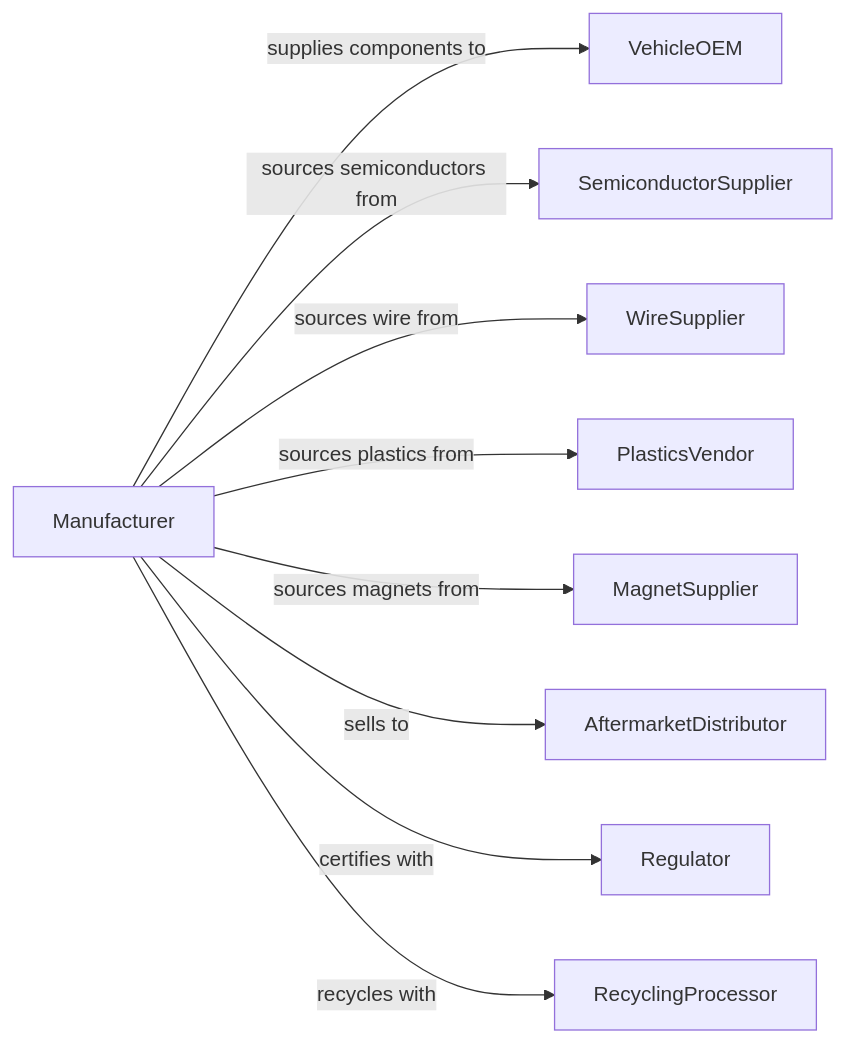
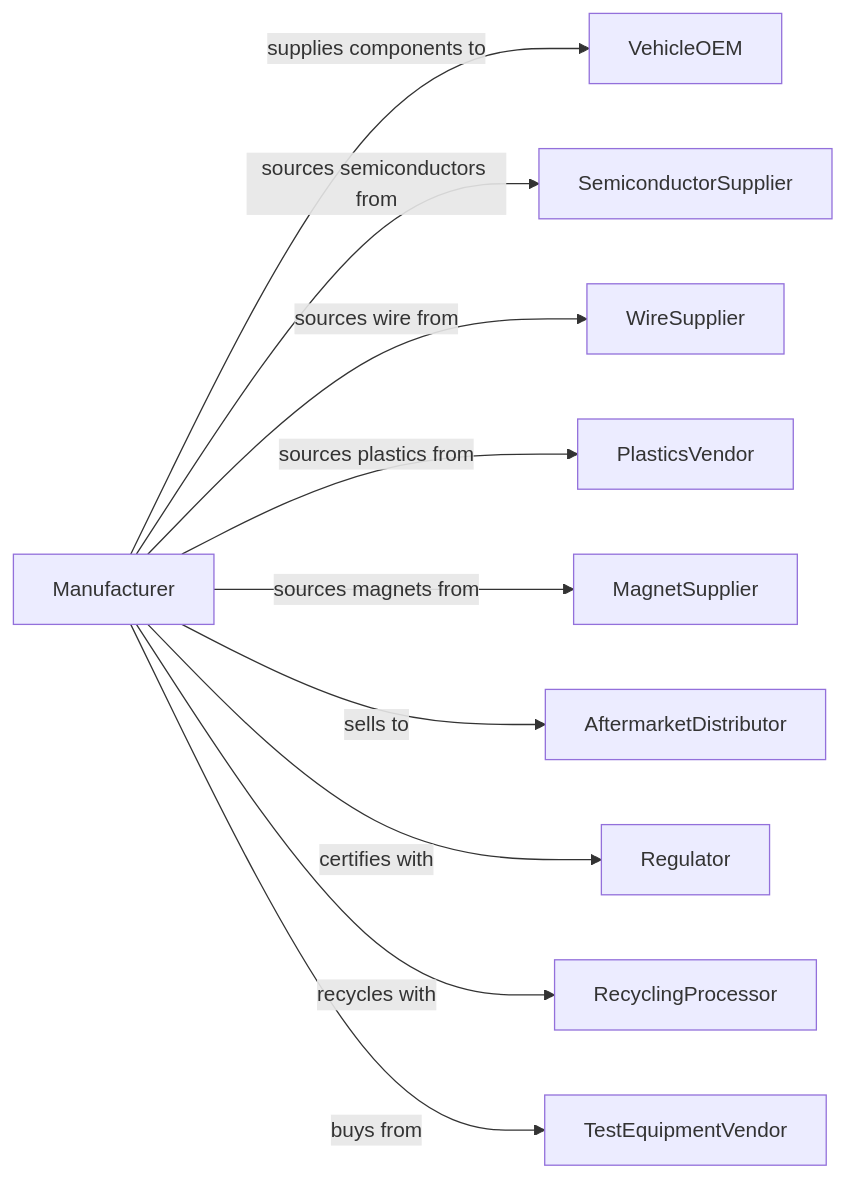
The second of 2 diagrams in Manufacturing/TransportationEquipmentManufacturing/MotorVehiclePartsManufacturing/MotorVehicleElectricalAndElectronicEquipmentManufacturing.mdx (dot-org-ai/industries.org.ai), drawn with Mermaid before and after one commit. The commit also changed 588 other files, not shown here.

````diff
--- a/Manufacturing/TransportationEquipmentManufacturing/MotorVehiclePartsManufacturing/MotorVehicleElectricalAndElectronicEquipmentManufacturing.mdx
+++ b/Manufacturing/TransportationEquipmentManufacturing/MotorVehiclePartsManufacturing/MotorVehicleElectricalAndElectronicEquipmentManufacturing.mdx
@@ -129,13 +129,14 @@
 ```mermaid
 graph LR
     M[Manufacturer]
 
     M -->|supplies components to| VehicleOEM
     M -->|sources semiconductors from| SemiconductorSupplier
     M -->|sources wire from| WireSupplier
     M -->|sources plastics from| PlasticsVendor
     M -->|sources magnets from| MagnetSupplier
     M -->|sells to| AftermarketDistributor
     M -->|certifies with| Regulator
     M -->|recycles with| RecyclingProcessor
+    M -->|buys from| TestEquipmentVendor
 ```
````
